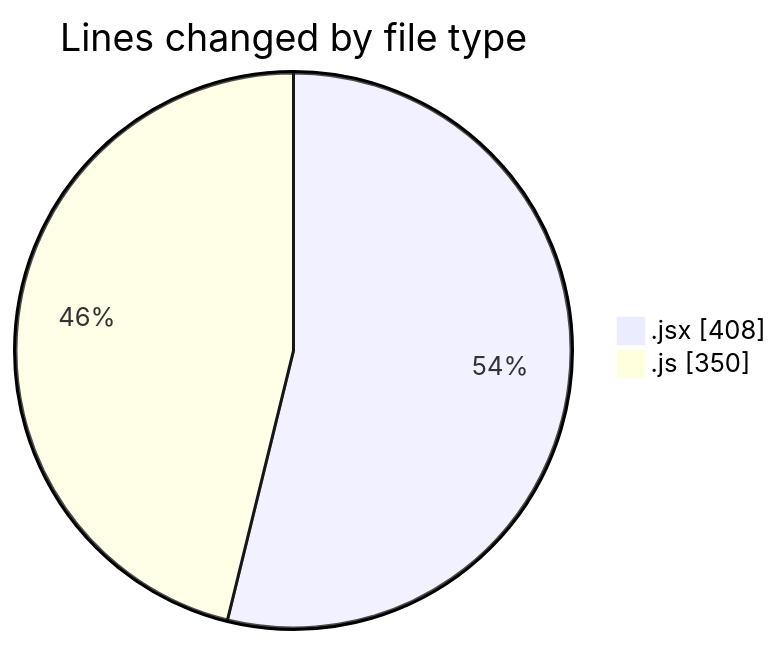
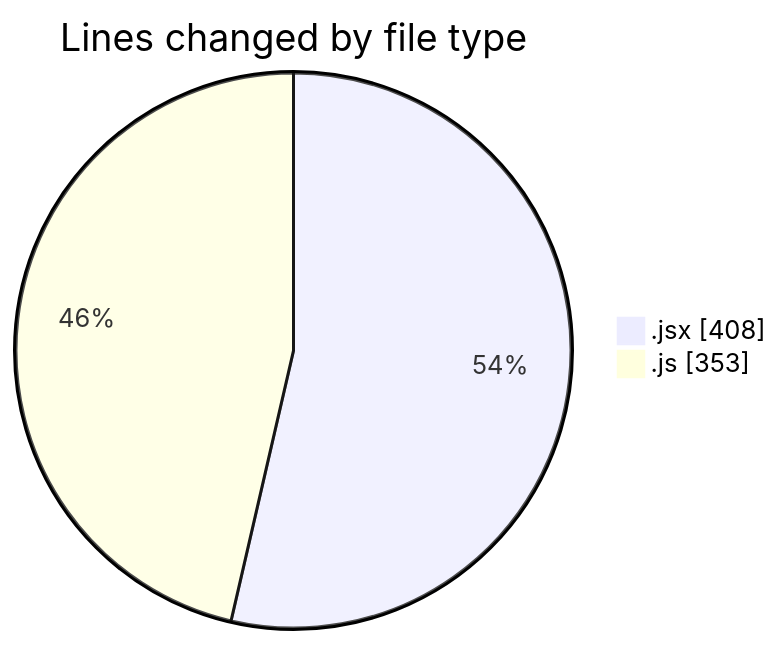
Before and after one commit to nxtqubesakshisongat/code-tracking: the first of 2 diagrams in 2025-06-27/nxtqube_webapp/README.md, drawn with Mermaid. The commit also changed other lines of this file and 1 other file, not shown here.

````diff
--- a/2025-06-27/nxtqube_webapp/README.md
+++ b/2025-06-27/nxtqube_webapp/README.md
@@ -21,6 +21,6 @@
 ```mermaid
 pie showData
 title Lines changed by file type
 ".jsx" : 408
-".js" : 350
+".js" : 353
 ```
````
